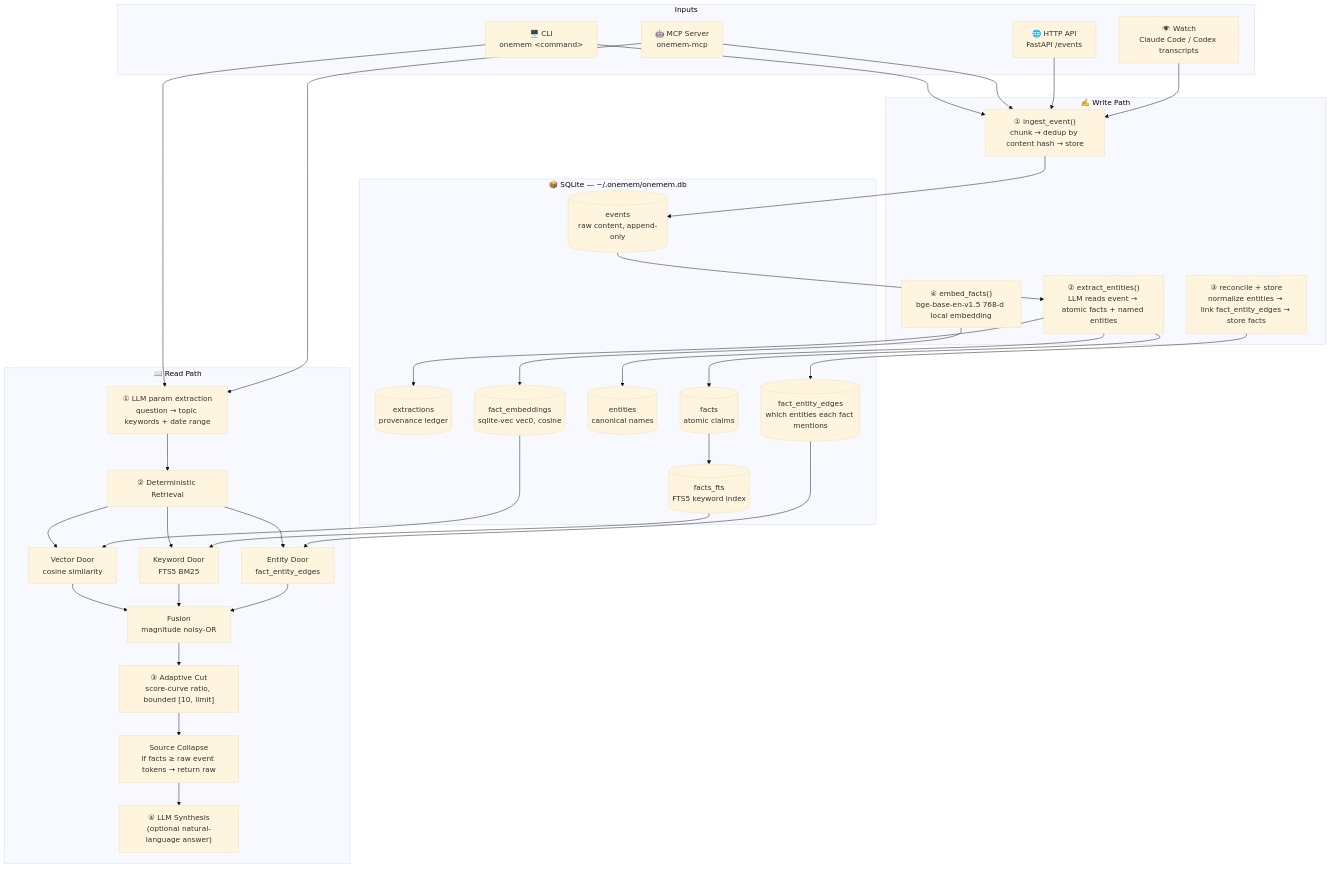
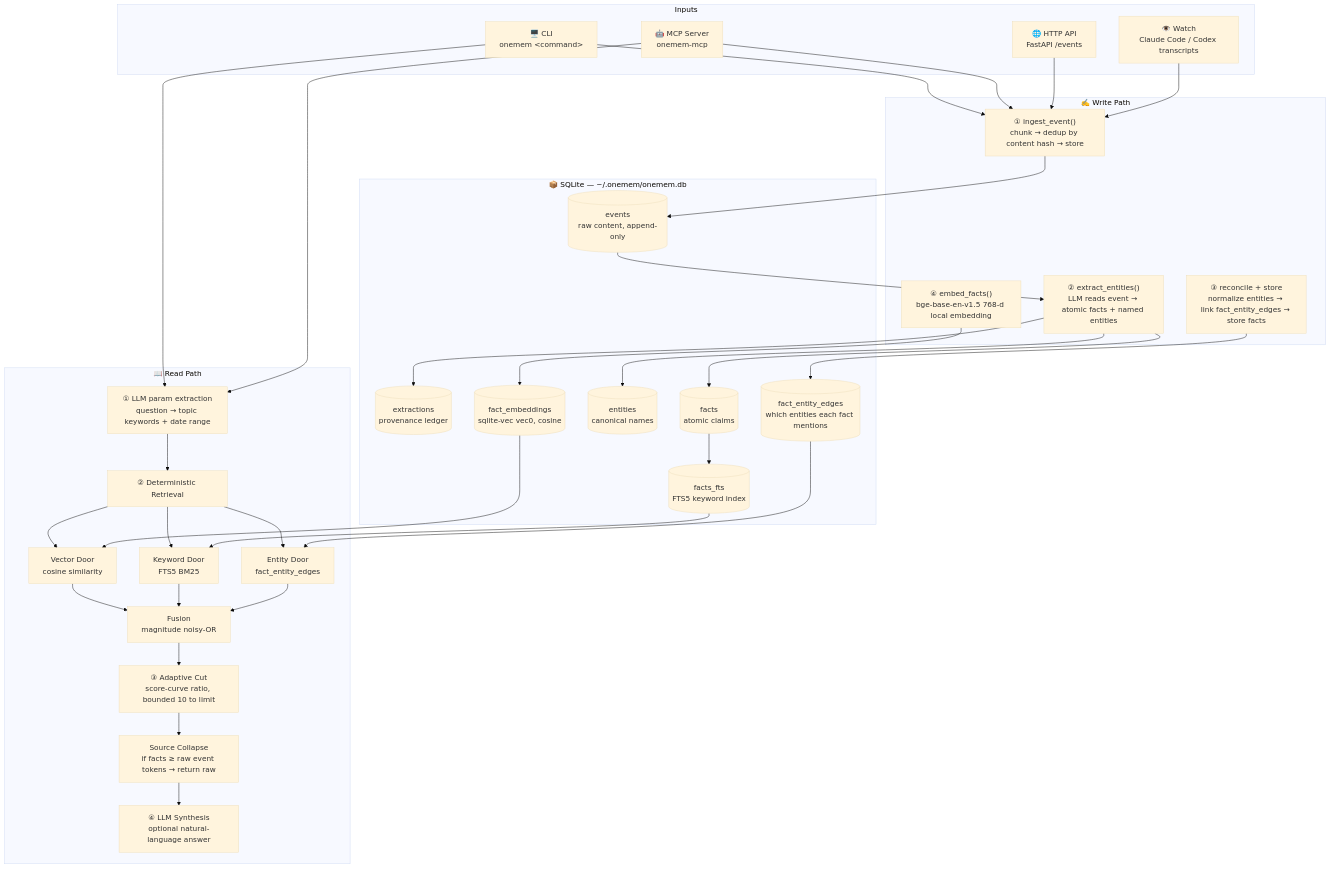
Before and after one commit to shashank-tomar0/onemem: the first of 2 diagrams in README.md, drawn with Mermaid (base theme). The commit also changed other lines of this file and 1 other file, not shown here.

First line of the commit message:
polish: sequence diagram user flow + simplified Virgil-font PNG

````diff
--- a/README.md
+++ b/README.md
@@ -68,70 +68,70 @@
 ```mermaid
 graph TB
     subgraph INPUTS ["Inputs"]
         CLI["🖥️ CLI<br/>onemem &lt;command&gt;"]
         MCP["🤖 MCP Server<br/>onemem-mcp"]
         API["🌐 HTTP API<br/>FastAPI /events"]
         WATCH["👁️ Watch<br/>Claude Code / Codex transcripts"]
     end
 
     subgraph WRITE ["✍️ Write Path"]
         INTAKE["① ingest_event()<br/>chunk → dedup by content hash → store"]
         EXTRACT["② extract_entities()<br/>LLM reads event → atomic facts + named entities"]
         RECONCILE["③ reconcile + store<br/>normalize entities → link fact_entity_edges → store facts"]
         EMBED_W["④ embed_facts()<br/>bge-base-en-v1.5 768-d local embedding"]
     end
 
     subgraph SQLITE ["📦 SQLite — ~/.onemem/onemem.db"]
         EVENTS[("events<br/>raw content, append-only")]
         EXTR[("extractions<br/>provenance ledger")]
         FACTS[("facts<br/>atomic claims")]
         ENTITIES[("entities<br/>canonical names")]
         EDGES[("fact_entity_edges<br/>which entities each fact mentions")]
         EMBED[("fact_embeddings<br/>sqlite-vec vec0, cosine")]
         FTS[("facts_fts<br/>FTS5 keyword index")]
     end
 
     subgraph READ ["📖 Read Path"]
         PARAMS["① LLM param extraction<br/>question → topic keywords + date range"]
         RETRIEVE["② Deterministic Retrieval"]
         VECTOR["Vector Door<br/>cosine similarity"]
         KEYWORD["Keyword Door<br/>FTS5 BM25"]
         ENTITY_D["Entity Door<br/>fact_entity_edges"]
         FUSION["Fusion<br/>magnitude noisy-OR"]
-        CUT["③ Adaptive Cut<br/>score-curve ratio, bounded [10, limit]"]
+        CUT["③ Adaptive Cut<br/>score-curve ratio, bounded 10 to limit"]
         COLLAPSE["Source Collapse<br/>if facts ≥ raw event tokens → return raw"]
-        SYNTH["④ LLM Synthesis<br/>(optional natural-language answer)"]
+        SYNTH["④ LLM Synthesis<br/>optional natural-language answer"]
     end
 
     CLI --> INTAKE
     MCP --> INTAKE
     API --> INTAKE
     WATCH --> INTAKE
 
     INTAKE --> EVENTS
     EVENTS --> EXTRACT
     EXTRACT --> FACTS
     EXTRACT --> ENTITIES
     EXTRACT --> EXTR
     RECONCILE --> EDGES
     EMBED_W --> EMBED
     FACTS --> FTS
 
     CLI --> PARAMS
     MCP --> PARAMS
 
     PARAMS --> RETRIEVE
     RETRIEVE --> VECTOR
     RETRIEVE --> KEYWORD
     RETRIEVE --> ENTITY_D
     VECTOR --> FUSION
     KEYWORD --> FUSION
     ENTITY_D --> FUSION
     FUSION --> CUT
     CUT --> COLLAPSE
     COLLAPSE --> SYNTH
 
     EMBED --> VECTOR
     FTS --> KEYWORD
     EDGES --> ENTITY_D
 ```
````
